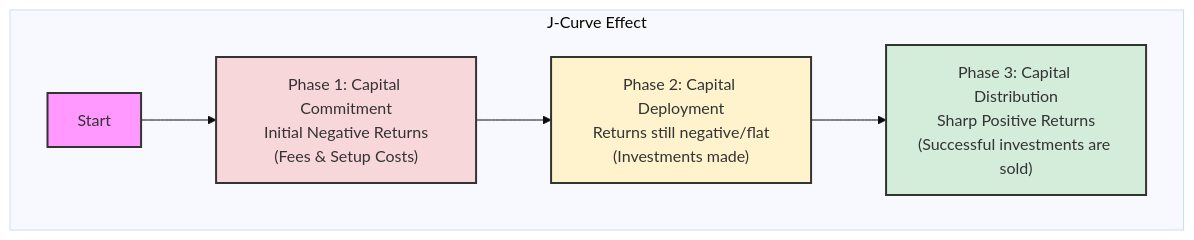
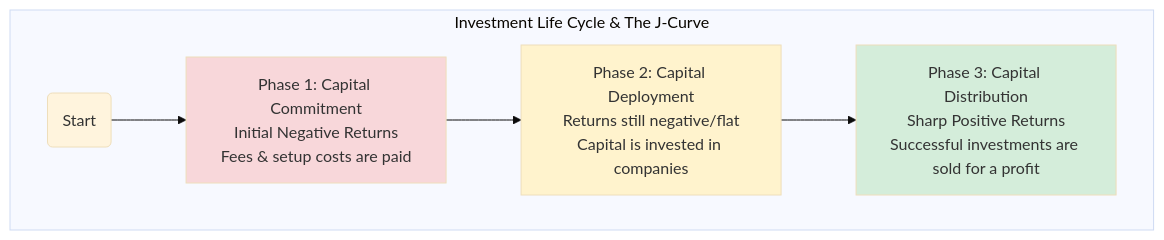
Before and after one commit to agarwalvipin/open_cfa: the second of 2 diagrams in docs/LOS/Alts/Reading 77.md, drawn with Mermaid (base theme). The commit also changed other lines of this file and 16 other files, not shown here.

````diff
--- a/docs/LOS/Alts/Reading 77.md
+++ b/docs/LOS/Alts/Reading 77.md
@@ -28,13 +81,12 @@
 ```mermaid
 graph LR
-  subgraph "J-Curve Effect"
-    direction LR
-    A["Start"] --> B["Phase 1: Capital Commitment<br/>Initial Negative Returns<br/>(Fees & Setup Costs)"]
-    B --> C["Phase 2: Capital Deployment<br/>Returns still negative/flat<br/>(Investments made)"]
-    C --> D["Phase 3: Capital Distribution<br/>Sharp Positive Returns<br/>(Successful investments are sold)"]
-  end
-  style A fill:#f9f,stroke:#333,stroke-width:2px
-  style B fill:#f8d7da,stroke:#333,stroke-width:2px
-  style C fill:#fff3cd,stroke:#333,stroke-width:2px
-  style D fill:#d4edda,stroke:#333,stroke-width:2px
+    subgraph Investment Life Cycle & The J-Curve
+        direction LR
+        A(Start) --> B["Phase 1: Capital Commitment<br/>Initial Negative Returns<br/>Fees & setup costs are paid"]
+        B --> C["Phase 2: Capital Deployment<br/>Returns still negative/flat<br/>Capital is invested in companies"]
+        C --> D["Phase 3: Capital Distribution<br/>Sharp Positive Returns<br/>Successful investments are sold for a profit"]
+    end
+    style B fill:#f8d7da
+    style C fill:#fff3cd
+    style D fill:#d4edda
 ```
````
